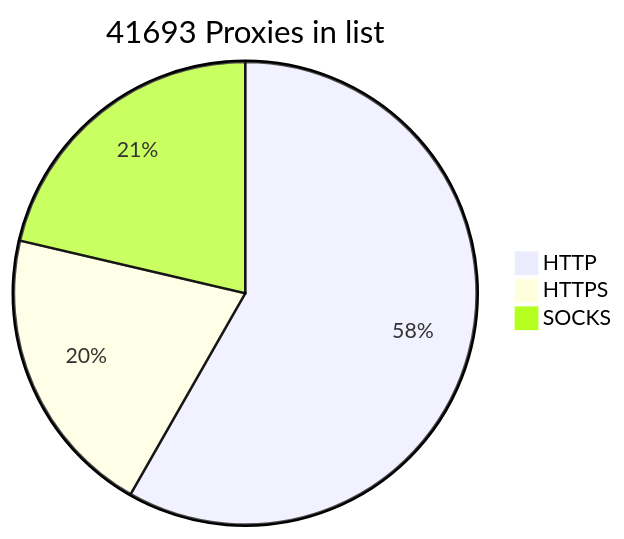
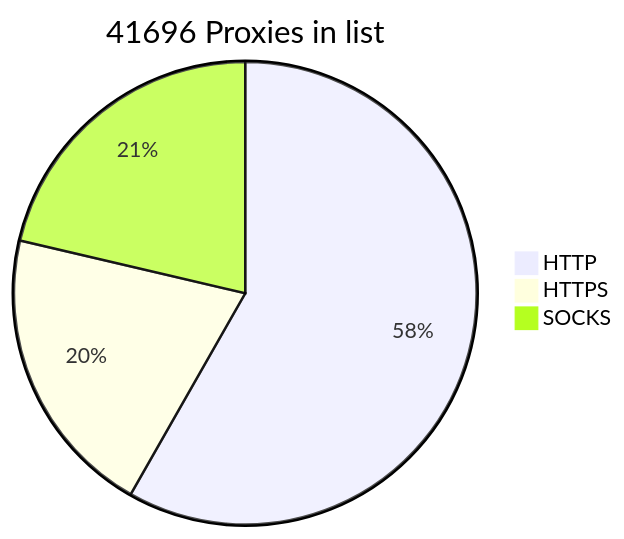
One commit to BlackSnowDot/proxylist-update-every-minute changed the diagram in README.md. Above: the diagram before and after it, drawn with Mermaid. The commit also changed other lines of this file, not shown here.

````diff
--- a/README.md
+++ b/README.md
@@ -2,6 +2,6 @@
 ```mermaid
-pie title 41693 Proxies in list
+pie title 41696 Proxies in list
     "HTTP" : 28099
-    "HTTPS": 9843
-    "SOCKS" : 10296
+    "HTTPS": 9851
+    "SOCKS" : 10295
 ```
````
